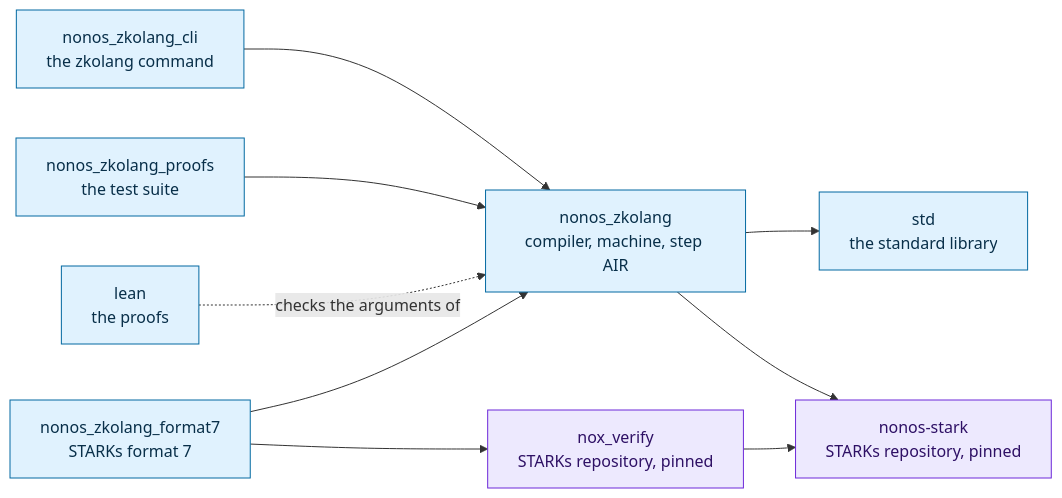
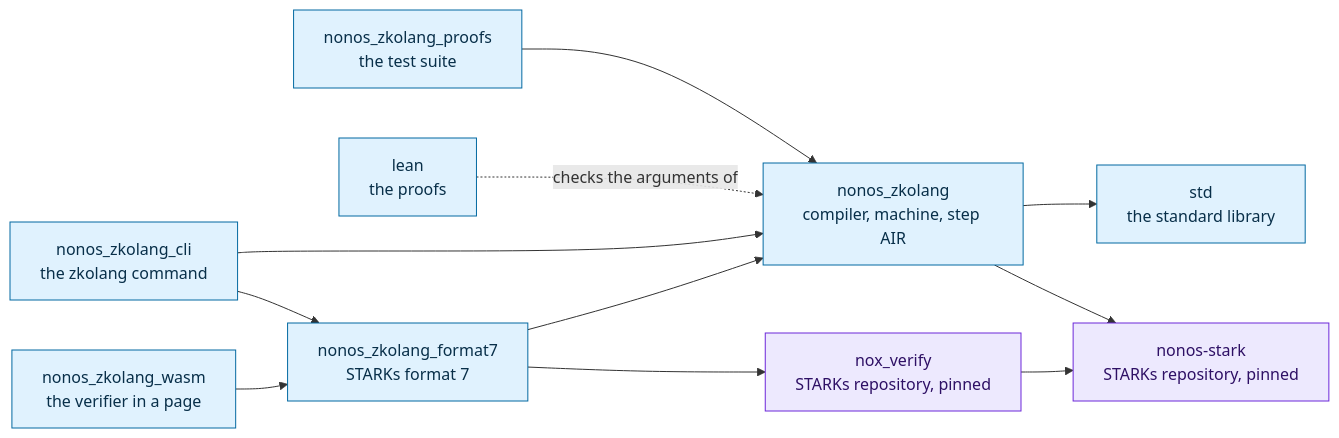
The fourth of 4 diagrams in README.md (NON-OS/zkolang), drawn with Mermaid before and after one commit. The commit also changed other lines of this file and 13 other files, not shown here.

````diff
--- a/README.md
+++ b/README.md
@@ -719,23 +721,26 @@
 ```mermaid
 flowchart LR
     classDef here fill:#e0f2fe,stroke:#0369a1,color:#082f49
     classDef there fill:#ede9fe,stroke:#6d28d9,color:#2e1065
 
     CLI["nonos_zkolang_cli<br/>the zkolang command"]:::here
     LIB["nonos_zkolang<br/>compiler, machine, step AIR"]:::here
     PROOFS["nonos_zkolang_proofs<br/>the test suite"]:::here
     STD["std<br/>the standard library"]:::here
     LEANN["lean<br/>the proofs"]:::here
     F7["nonos_zkolang_format7<br/>STARKs format 7"]:::here
     STARK["nonos-stark<br/>STARKs repository, pinned"]:::there
     NOXV["nox_verify<br/>STARKs repository, pinned"]:::there
+    WASM["nonos_zkolang_wasm<br/>the verifier in a page"]:::here
 
     CLI --> LIB
+    CLI --> F7
     PROOFS --> LIB
     F7 --> LIB
     F7 --> NOXV
+    WASM --> F7
     LIB --> STD
     LIB --> STARK
     NOXV --> STARK
     LEANN -. "checks the arguments of" .-> LIB
 ```
````
